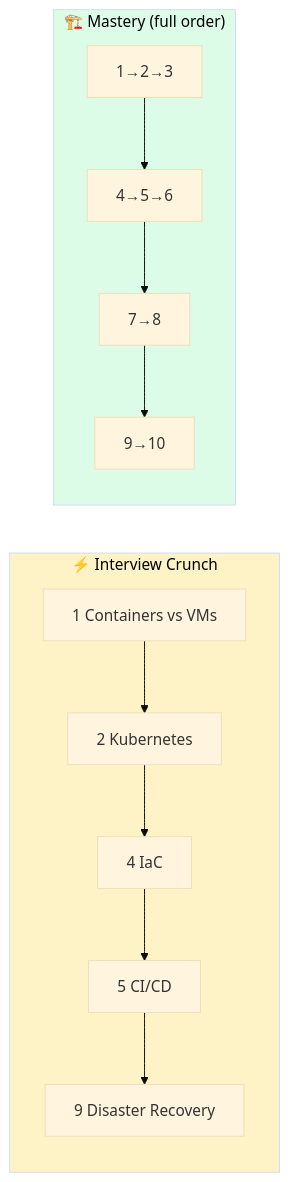
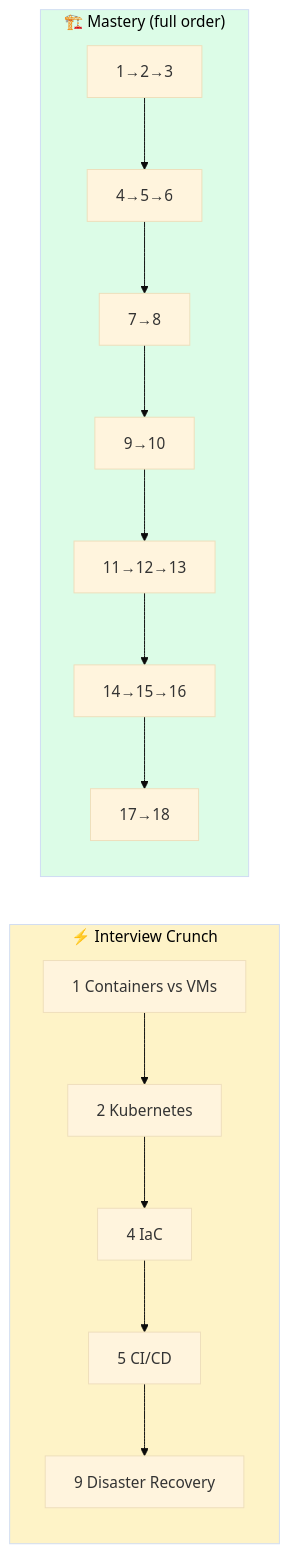
The third of 3 diagrams in 13_Cloud_Native_Infrastructure/README.md (asishjagana/Interview-Prep-Dump), drawn with Mermaid (base theme) before and after one commit. The commit also changed other lines of this file and 19 other files, not shown here.

````diff
--- a/13_Cloud_Native_Infrastructure/README.md
+++ b/13_Cloud_Native_Infrastructure/README.md
@@ -74,11 +135,11 @@
 ```mermaid
 flowchart LR
     subgraph FAST["⚡ Interview Crunch"]
         F1["1 Containers vs VMs"] --> F2["2 Kubernetes"] --> F3["4 IaC"] --> F4["5 CI/CD"] --> F5["9 Disaster Recovery"]
     end
     subgraph DEEP["🏗️ Mastery (full order)"]
-        D1["1→2→3"] --> D2["4→5→6"] --> D3["7→8"] --> D4["9→10"]
+        D1["1→2→3"] --> D2["4→5→6"] --> D3["7→8"] --> D4["9→10"] --> D5["11→12→13"] --> D6["14→15→16"] --> D7["17→18"]
     end
     style FAST fill:#fef3c7,color:#000
     style DEEP fill:#dcfce7,color:#000
 ```
````
